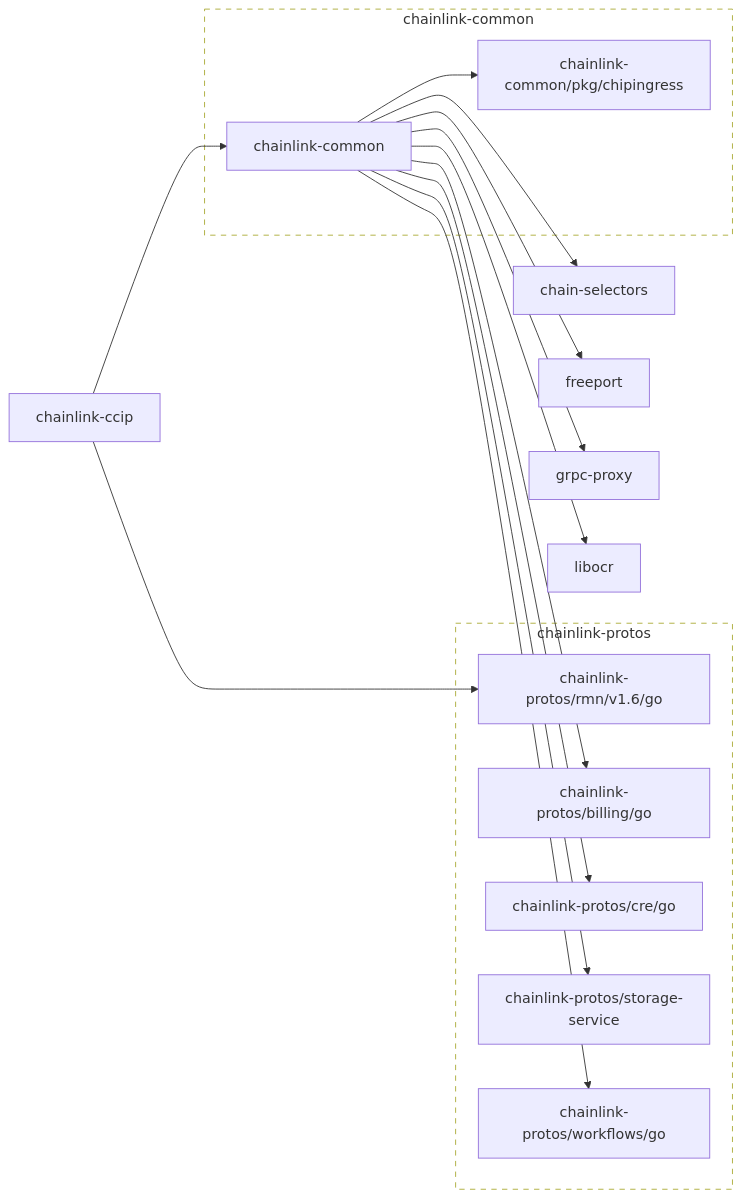
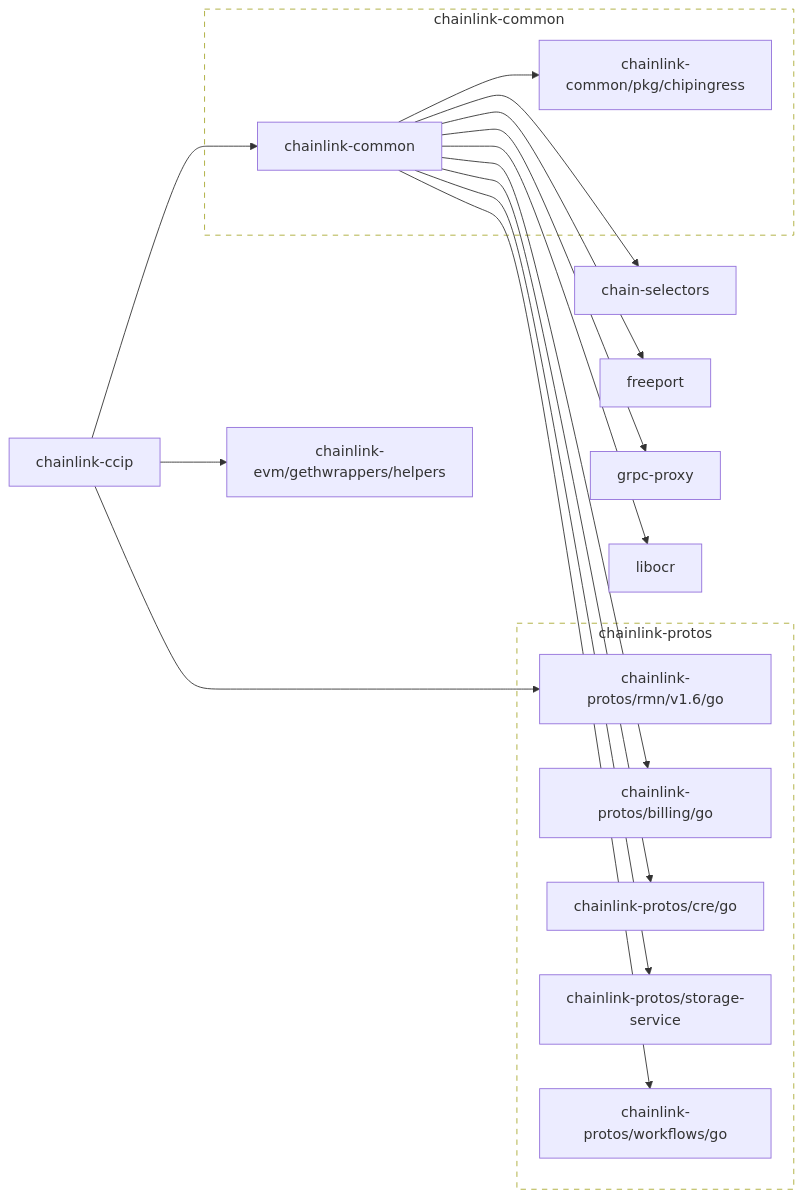
One commit to smartcontractkit/chainlink-ccip changed the first of 2 diagrams in go.md. Above: the diagram before and after it, drawn with Mermaid. The commit also changed other lines of this file and 1 other file, not shown here.

````diff
--- a/go.md
+++ b/go.md
@@ -3,55 +3,58 @@
 ```mermaid
 flowchart LR
 
 	chain-selectors
 	click chain-selectors href "https://github.com/smartcontractkit/chain-selectors"
 	chainlink-ccip --> chainlink-common
+	chainlink-ccip --> chainlink-evm/gethwrappers/helpers
 	chainlink-ccip --> chainlink-protos/rmn/v1.6/go
 	click chainlink-ccip href "https://github.com/smartcontractkit/chainlink-ccip"
 	chainlink-common --> chain-selectors
 	chainlink-common --> chainlink-common/pkg/chipingress
 	chainlink-common --> chainlink-protos/billing/go
 	chainlink-common --> chainlink-protos/cre/go
 	chainlink-common --> chainlink-protos/storage-service
 	chainlink-common --> chainlink-protos/workflows/go
 	chainlink-common --> freeport
 	chainlink-common --> grpc-proxy
 	chainlink-common --> libocr
 	click chainlink-common href "https://github.com/smartcontractkit/chainlink-common"
 	chainlink-common/pkg/chipingress
 	click chainlink-common/pkg/chipingress href "https://github.com/smartcontractkit/chainlink-common"
+	chainlink-evm/gethwrappers/helpers
+	click chainlink-evm/gethwrappers/helpers href "https://github.com/smartcontractkit/chainlink-evm"
 	chainlink-protos/billing/go
 	click chainlink-protos/billing/go href "https://github.com/smartcontractkit/chainlink-protos"
 	chainlink-protos/cre/go
 	click chainlink-protos/cre/go href "https://github.com/smartcontractkit/chainlink-protos"
 	chainlink-protos/rmn/v1.6/go
 	click chainlink-protos/rmn/v1.6/go href "https://github.com/smartcontractkit/chainlink-protos"
 	chainlink-protos/storage-service
 	click chainlink-protos/storage-service href "https://github.com/smartcontractkit/chainlink-protos"
 	chainlink-protos/workflows/go
 	click chainlink-protos/workflows/go href "https://github.com/smartcontractkit/chainlink-protos"
 	freeport
 	click freeport href "https://github.com/smartcontractkit/freeport"
 	grpc-proxy
 	click grpc-proxy href "https://github.com/smartcontractkit/grpc-proxy"
 	libocr
 	click libocr href "https://github.com/smartcontractkit/libocr"
 
 	subgraph chainlink-common-repo[chainlink-common]
 		 chainlink-common
 		 chainlink-common/pkg/chipingress
 	end
 	click chainlink-common-repo href "https://github.com/smartcontractkit/chainlink-common"
 
 	subgraph chainlink-protos-repo[chainlink-protos]
 		 chainlink-protos/billing/go
 		 chainlink-protos/cre/go
 		 chainlink-protos/rmn/v1.6/go
 		 chainlink-protos/storage-service
 		 chainlink-protos/workflows/go
 	end
 	click chainlink-protos-repo href "https://github.com/smartcontractkit/chainlink-protos"
 
 	classDef outline stroke-dasharray:6,fill:none;
 	class chainlink-common-repo,chainlink-protos-repo outline
 ```
````
